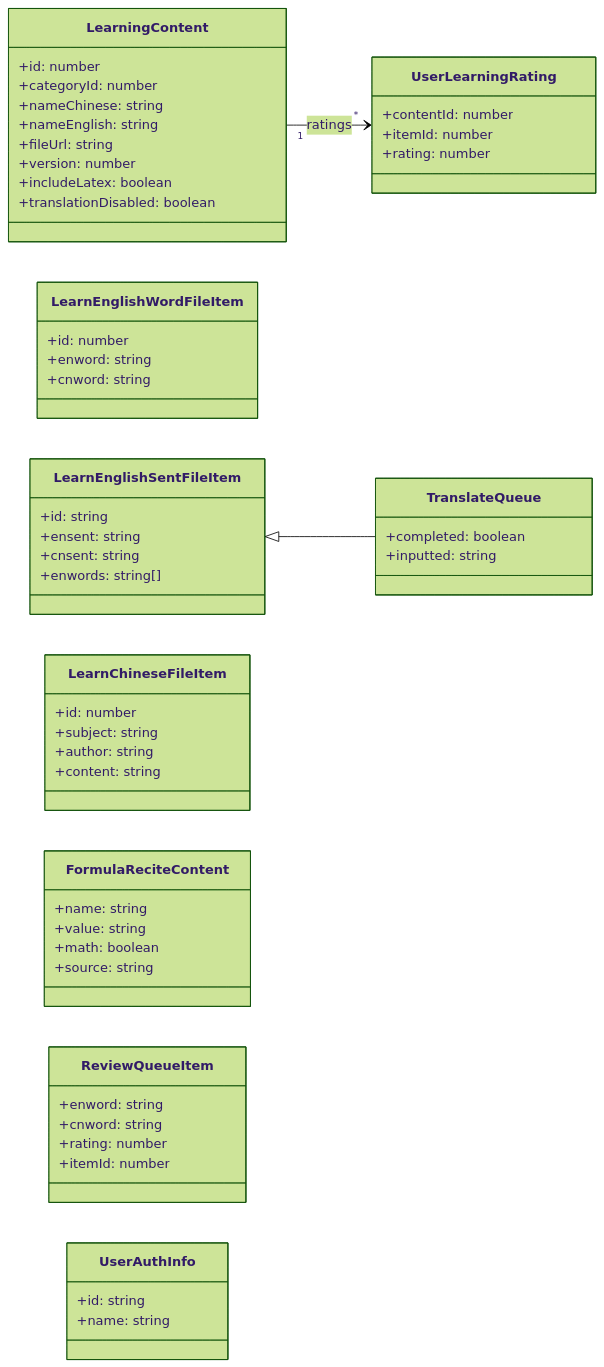
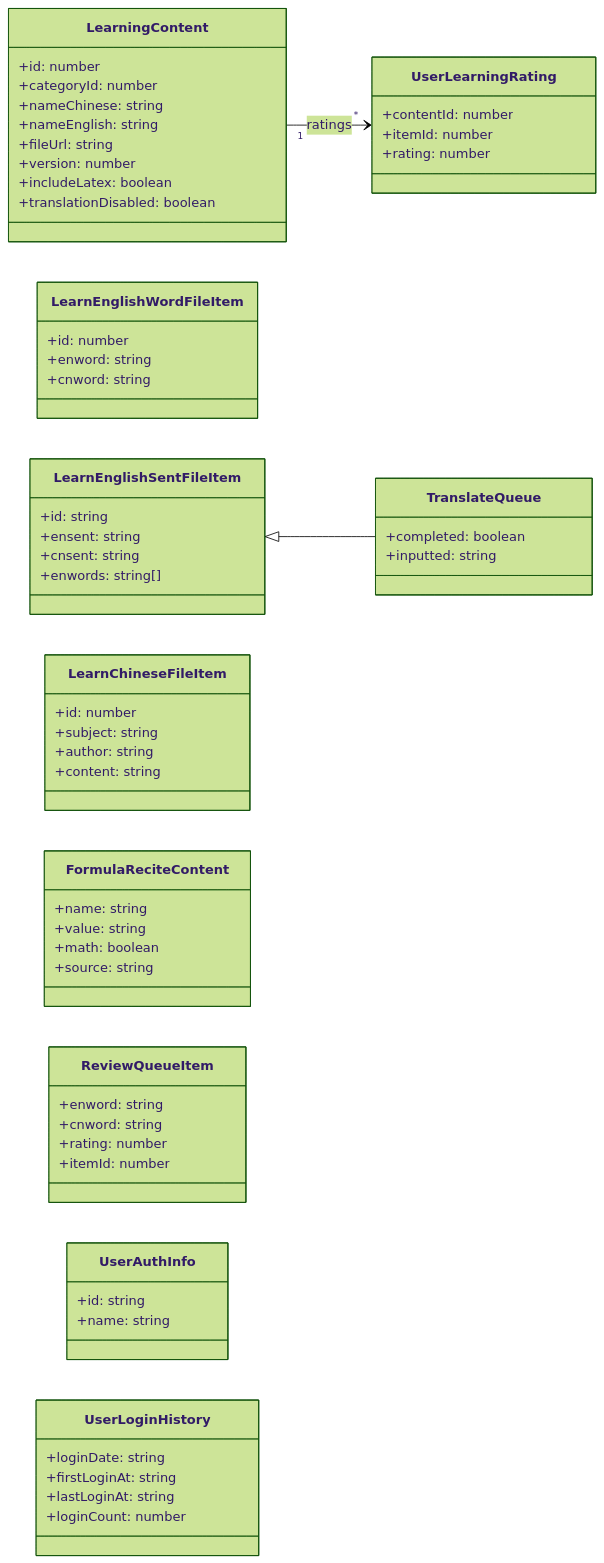
Before and after one commit to alvachien/knowledgebuilder: the third of 5 diagrams in docs/data-models.md, drawn with Mermaid (forest theme). The commit also changed other lines of this file and 137 other files, not shown here.

First line of the commit message:
feat(habits): habit tracking UI and login history; remove theme system

````diff
--- a/docs/data-models.md
+++ b/docs/data-models.md
@@ -107,61 +108,67 @@
 ```mermaid
 classDiagram
   direction LR
 
   class LearningContent {
     +id: number
     +categoryId: number
     +nameChinese: string
     +nameEnglish: string
     +fileUrl: string
     +version: number
     +includeLatex: boolean
     +translationDisabled: boolean
   }
   class LearnEnglishWordFileItem {
     +id: number
     +enword: string
     +cnword: string
   }
   class LearnEnglishSentFileItem {
     +id: string
     +ensent: string
     +cnsent: string
     +enwords: string[]
   }
   class LearnChineseFileItem {
     +id: number
     +subject: string
     +author: string
     +content: string
   }
   class FormulaReciteContent {
     +name: string
     +value: string
     +math: boolean
     +source: string
   }
   class TranslateQueue {
     +completed: boolean
     +inputted: string
   }
   LearnEnglishSentFileItem <|-- TranslateQueue
 
   class ReviewQueueItem {
     +enword: string
     +cnword: string
     +rating: number
     +itemId: number
   }
 
   class UserLearningRating {
     +contentId: number
     +itemId: number
     +rating: number
   }
   class UserAuthInfo {
     +id: string
     +name: string
   }
+  class UserLoginHistory {
+    +loginDate: string
+    +firstLoginAt: string
+    +lastLoginAt: string
+    +loginCount: number
+  }
   LearningContent "1" --> "*" UserLearningRating : ratings
 ```
````
